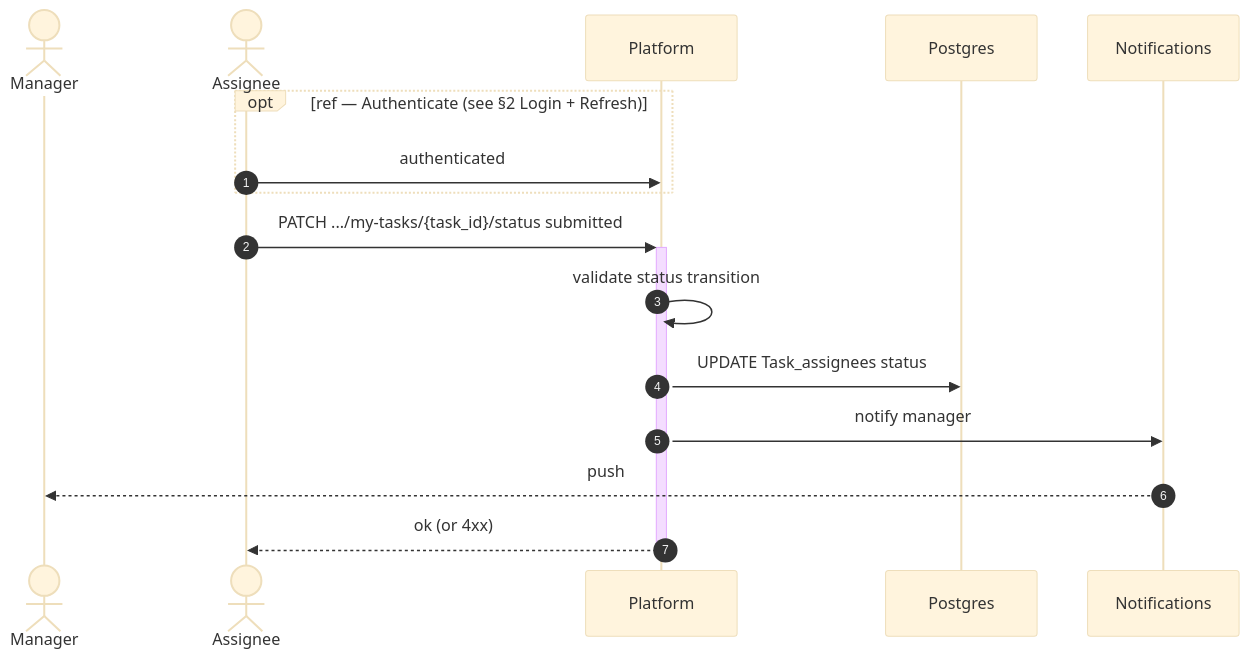
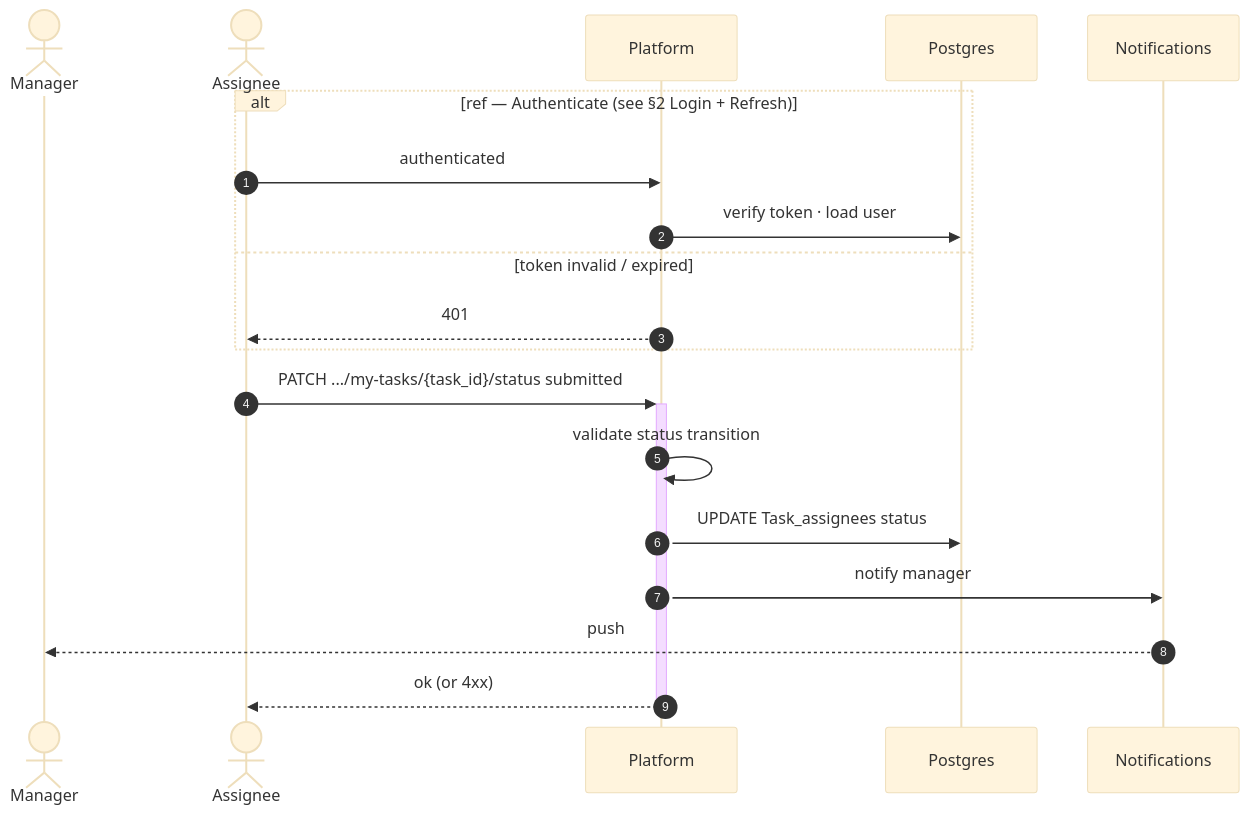
Diagram 12 of 16 in docs/SEQUENCE_DIAGRAMS.md (MohamedChebbi123/teamnest), drawn with Mermaid (base theme) before and after one commit. The commit also changed other lines of this file, not shown here.

````diff
--- a/docs/SEQUENCE_DIAGRAMS.md
+++ b/docs/SEQUENCE_DIAGRAMS.md
@@ -343,20 +365,23 @@
 ```mermaid
 sequenceDiagram
     autonumber
     actor Manager
     actor Assignee
     participant API as Platform
     participant DB as Postgres
     participant Notif as Notifications
 
-    opt ref — Authenticate (see §2 Login + Refresh)
+    alt ref — Authenticate (see §2 Login + Refresh)
         Assignee->>API: authenticated
+        API->>DB: verify token · load user
+    else token invalid / expired
+        API-->>Assignee: 401
     end
 
     Assignee->>+API: PATCH .../my-tasks/{task_id}/status submitted
     API->>API: validate status transition
     API->>DB: UPDATE Task_assignees status
     API->>Notif: notify manager
     Notif-->>Manager: push
     API-->>-Assignee: ok (or 4xx)
 ```
````
